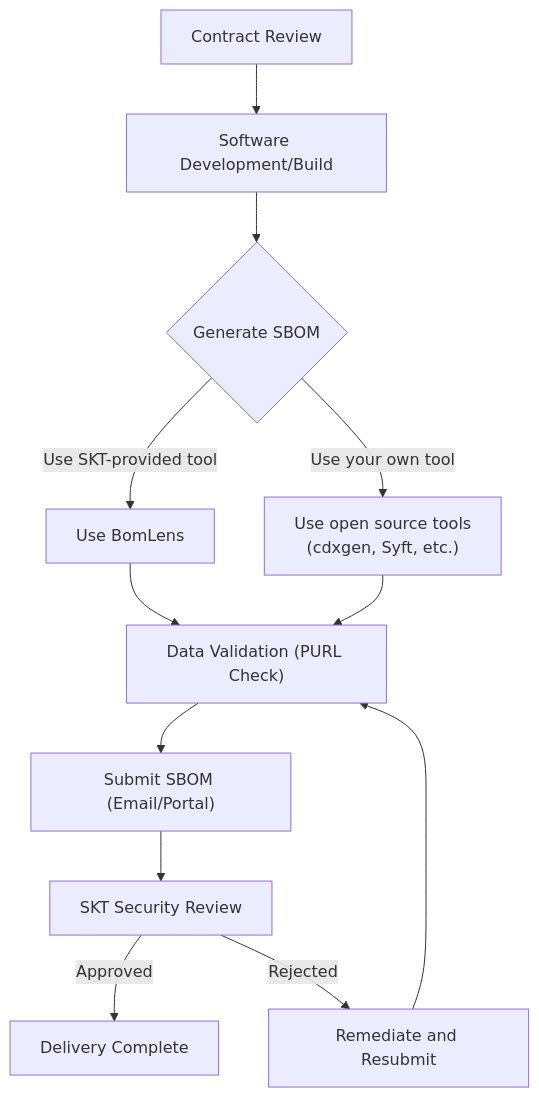
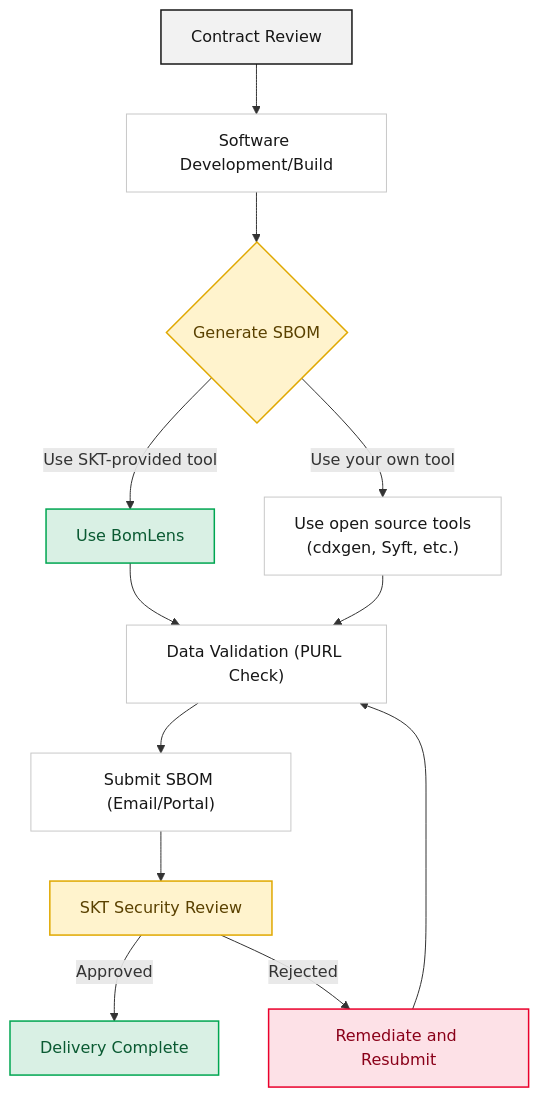
The diagram in content/en/guide/supply-chain/for-suppliers/_index.md (sktelecom/sktelecom.github.io), drawn with Mermaid before and after one commit. The commit also changed 9 other files, not shown here.

Commit message:
docs(supply-chain): restyle guide diagrams with grouped zones and a consistent SK palette

````diff
--- a/content/en/guide/supply-chain/for-suppliers/_index.md
+++ b/content/en/guide/supply-chain/for-suppliers/_index.md
@@ -27,15 +27,27 @@
 ```mermaid
 flowchart TD
     A[Contract Review] --> B["Software Development/Build"]
     B --> C{Generate SBOM}
     C -->|Use SKT-provided tool| D[Use BomLens]
     C -->|Use your own tool| E["Use open source tools<br>(cdxgen, Syft, etc.)"]
     D --> F["Data Validation (PURL Check)"]
     E --> F
     F --> G["Submit SBOM (Email/Portal)"]
     G --> H[SKT Security Review]
     H -->|Approved| I[Delivery Complete]
     H -->|Rejected| J[Remediate and Resubmit]
     J --> F
 
+    classDef start fill:#F2F2F2,stroke:#171717,color:#171717,stroke-width:1.5px
+    classDef proc fill:#ffffff,stroke:#c8c8c8,color:#171717,stroke-width:1px
+    classDef decision fill:#FFF3CD,stroke:#E0A800,color:#5A4100,stroke-width:1.5px
+    classDef good fill:#D9F0E4,stroke:#00A651,color:#0A5A32,stroke-width:1.5px
+    classDef danger fill:#FDE1E7,stroke:#EA002C,color:#8A0019,stroke-width:1.5px
+
+    class A start
+    class B,E,F,G proc
+    class C,H decision
+    class D,I good
+    class J danger
+
 ```
````
